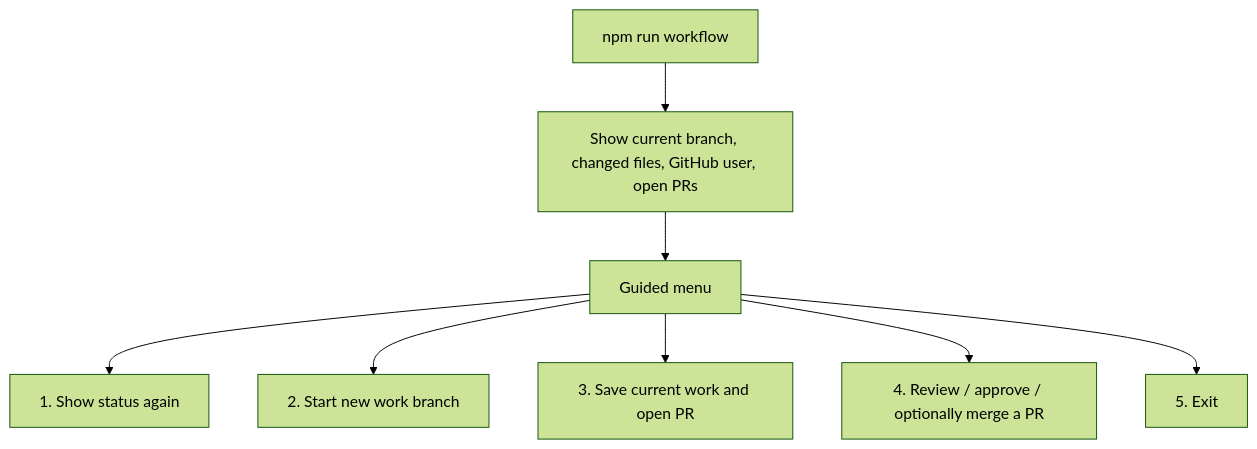
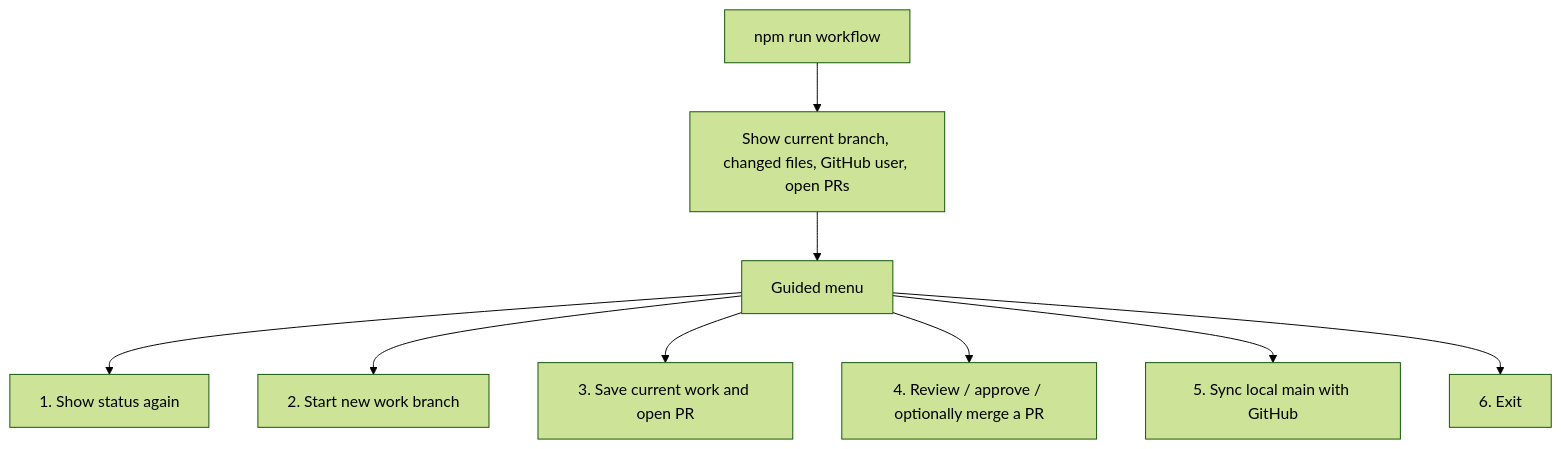
The first of 2 diagrams in docs/SPRK_Guided_Workflow_Helper.md (Mr-PI-Bala/SPRK-Hello-Repo), drawn with Mermaid (forest theme) before and after one commit. The commit also changed other lines of this file and 2 other files, not shown here.

First line of the commit message:
feat(workflow): sync main with per-file discard prompts (ay/ya/an/na)

````diff
--- a/docs/SPRK_Guided_Workflow_Helper.md
+++ b/docs/SPRK_Guided_Workflow_Helper.md
@@ -49,10 +49,11 @@
 ```mermaid
 flowchart TD
     Start["npm run workflow"] --> Status["Show current branch, changed files, GitHub user, open PRs"]
     Status --> Menu["Guided menu"]
     Menu --> StatusAgain["1. Show status again"]
     Menu --> Branch["2. Start new work branch"]
     Menu --> Submit["3. Save current work and open PR"]
     Menu --> Approve["4. Review / approve / optionally merge a PR"]
-    Menu --> Exit["5. Exit"]
+    Menu --> SyncMain["5. Sync local main with GitHub"]
+    Menu --> Exit["6. Exit"]
 ```
````
